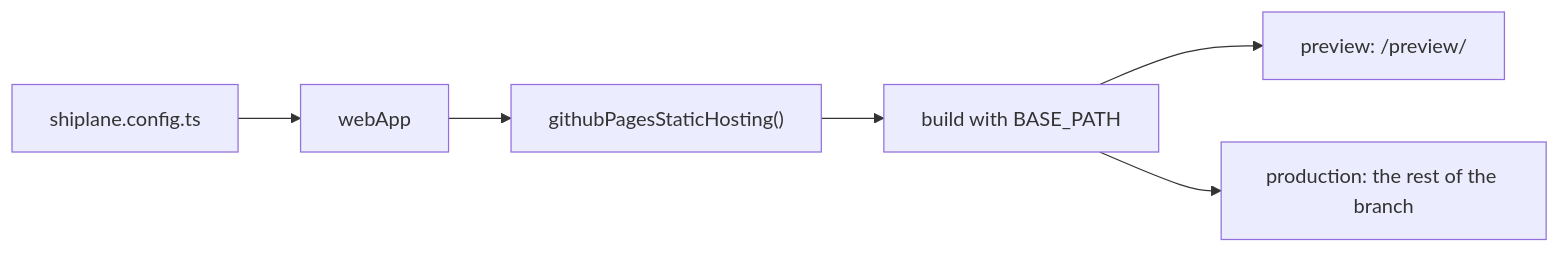
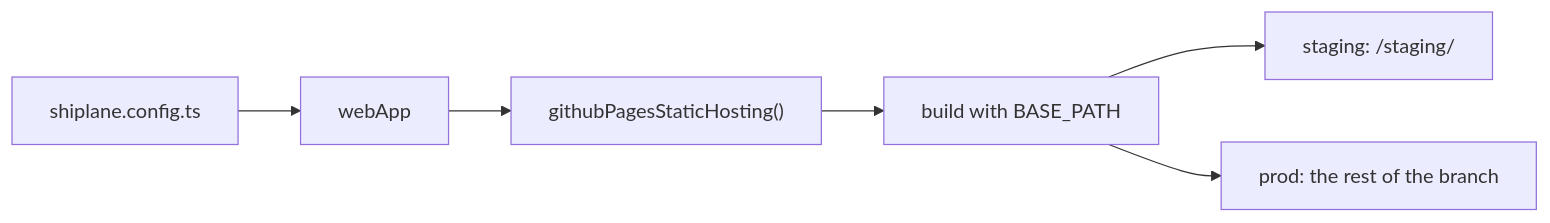
One commit to arnaud-zg/js-packages changed the diagram in packages/shiplane-github-pages/README.md. Above: the diagram before and after it, drawn with Mermaid. The commit also changed other lines of this file and 133 other files, not shown here.

````diff
--- a/packages/shiplane-github-pages/README.md
+++ b/packages/shiplane-github-pages/README.md
@@ -8,8 +8,8 @@
 ```mermaid
 flowchart LR
     CFG["shiplane.config.ts"] --> MOD["webApp"]
     MOD --> GH["githubPagesStaticHosting()"]
     GH --> BUILD["build with BASE_PATH"]
-    BUILD --> PRE["preview: /preview/"]
-    BUILD --> PROD["production: the rest of the branch"]
+    BUILD --> PRE["staging: /staging/"]
+    BUILD --> PROD["prod: the rest of the branch"]
 ```
````
